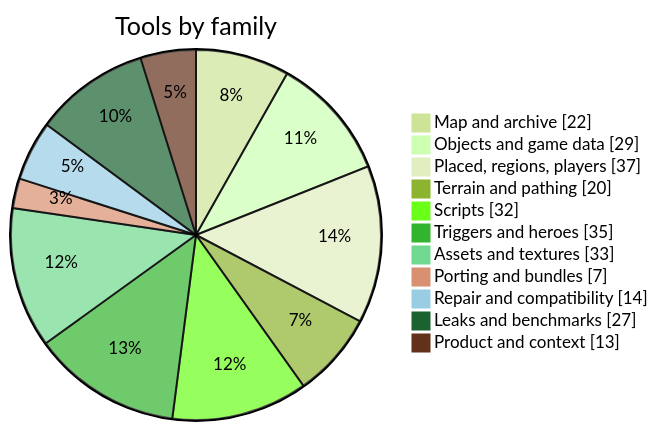
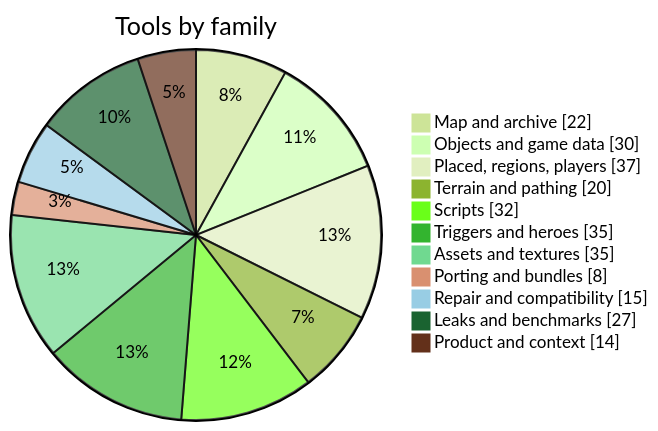
Diagram 12 of 17 in docs/specification/wc3-mcp-specification-v1.md (GodMephisto/wc3-mcp), drawn with Mermaid (forest theme) before and after one commit. The commit also changed other lines of this file and 3 other files, not shown here.

````diff
--- a/docs/specification/wc3-mcp-specification-v1.md
+++ b/docs/specification/wc3-mcp-specification-v1.md
@@ -1236,17 +1245,17 @@
 ```mermaid
 ---
 title: Tools by family
 ---
 pie showData
   "Map and archive" : 22
-  "Objects and game data" : 29
+  "Objects and game data" : 30
   "Placed, regions, players" : 37
   "Terrain and pathing" : 20
   "Scripts" : 32
   "Triggers and heroes" : 35
-  "Assets and textures" : 33
-  "Porting and bundles" : 7
-  "Repair and compatibility" : 14
+  "Assets and textures" : 35
+  "Porting and bundles" : 8
+  "Repair and compatibility" : 15
   "Leaks and benchmarks" : 27
-  "Product and context" : 13
+  "Product and context" : 14
 ```
````
